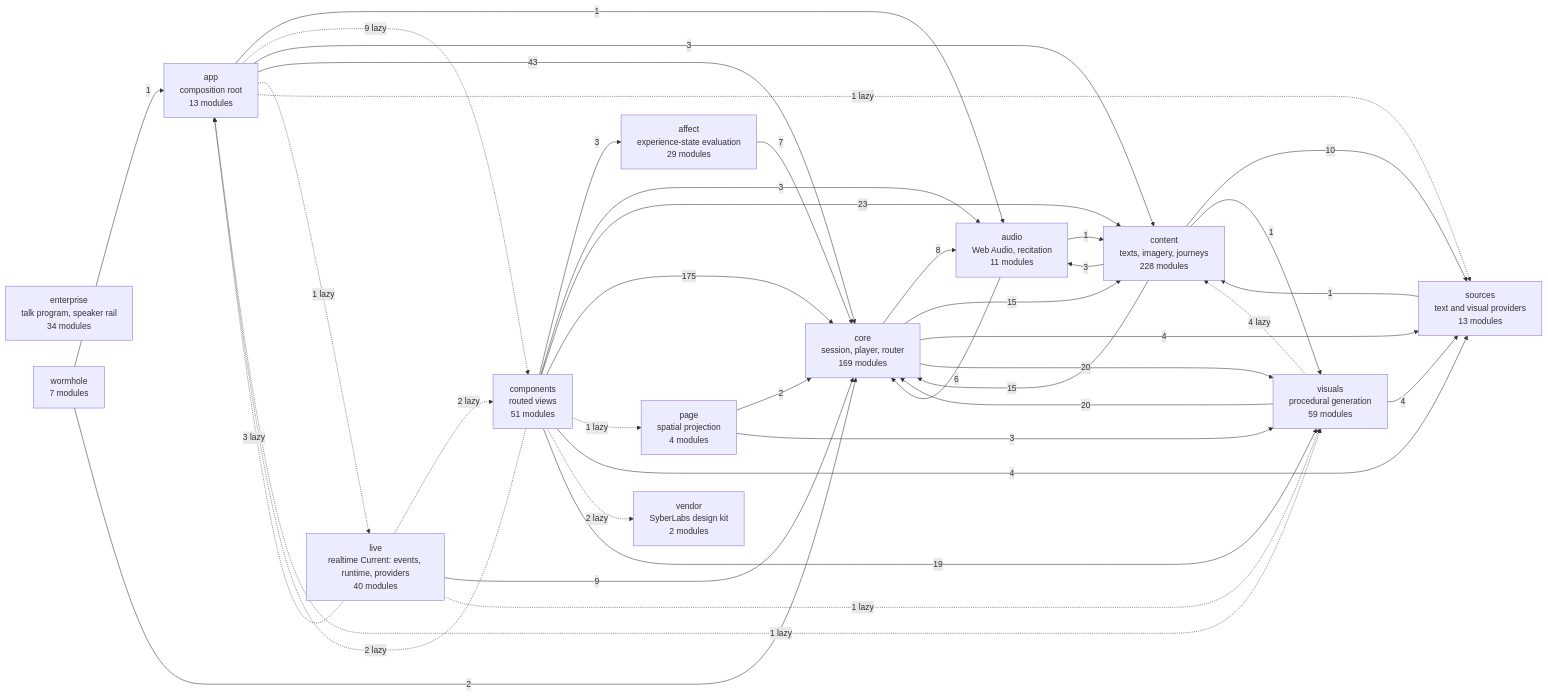
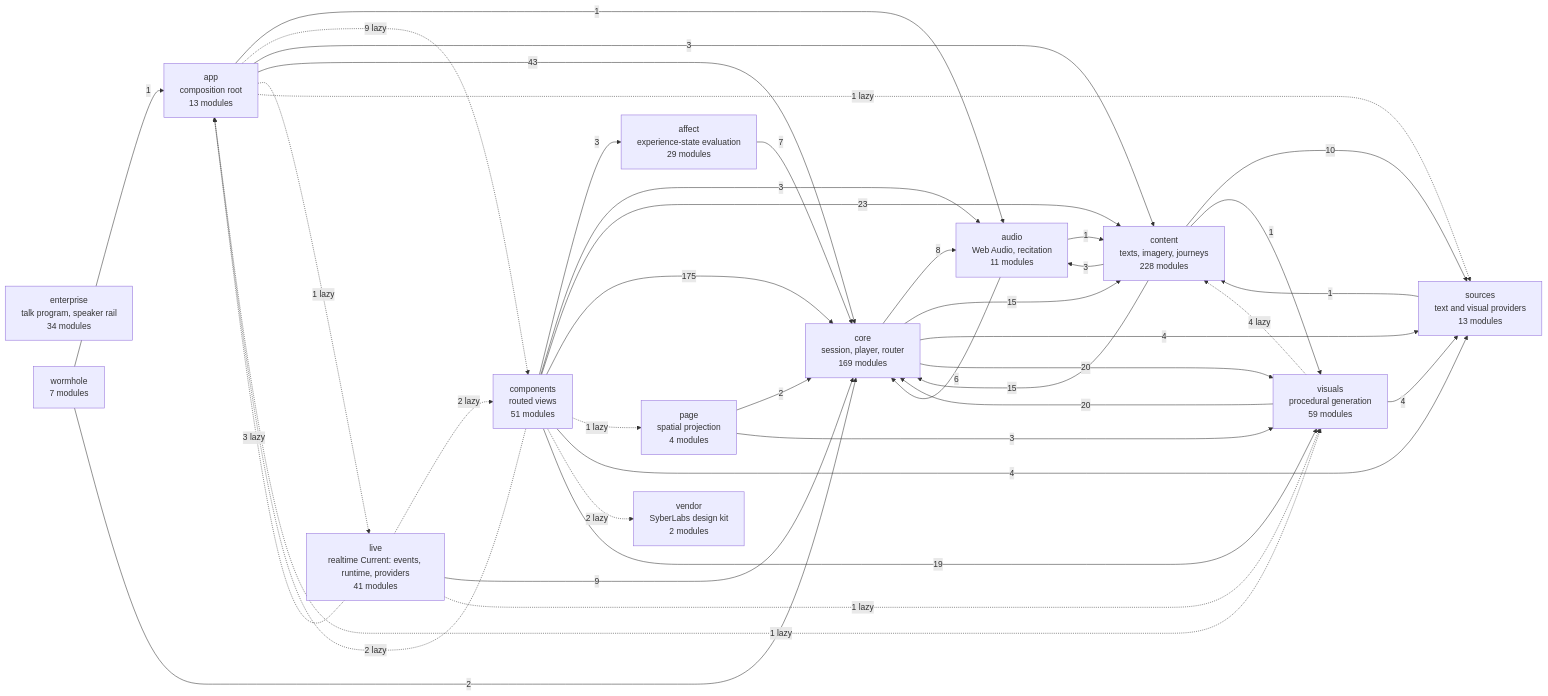
The diagram in docs/specs/ARCHITECTURE.md (SyberLabs/RISE), drawn with Mermaid before and after one commit.

Commit message:
Regenerate the architecture diagram for the new live fixture
The live subsystem now has 41 modules.

Claude-Session: https://claude.ai/code/session_01Gpxy9b4DYWYBTeXHy6CYBa

````diff
--- a/docs/specs/ARCHITECTURE.md
+++ b/docs/specs/ARCHITECTURE.md
@@ -154,56 +154,56 @@
 ```mermaid
 flowchart LR
     affect["affect<br/>experience-state evaluation<br/>29 modules"]
     app["app<br/>composition root<br/>13 modules"]
     audio["audio<br/>Web Audio, recitation<br/>11 modules"]
     components["components<br/>routed views<br/>51 modules"]
     content["content<br/>texts, imagery, journeys<br/>228 modules"]
     core["core<br/>session, player, router<br/>169 modules"]
     enterprise["enterprise<br/>talk program, speaker rail<br/>34 modules"]
-    live["live<br/>realtime Current: events, runtime, providers<br/>40 modules"]
+    live["live<br/>realtime Current: events, runtime, providers<br/>41 modules"]
     page["page<br/>spatial projection<br/>4 modules"]
     sources["sources<br/>text and visual providers<br/>13 modules"]
     vendor["vendor<br/>SyberLabs design kit<br/>2 modules"]
     visuals["visuals<br/>procedural generation<br/>59 modules"]
     wormhole["wormhole<br/>7 modules"]
 
     affect --> |7| core
     app --> |1| audio
     app -.-> |9 lazy| components
     app --> |3| content
     app --> |43| core
     app -.-> |1 lazy| live
     app -.-> |1 lazy| sources
     app -.-> |1 lazy| visuals
     audio --> |1| content
     audio --> |6| core
     components --> |3| affect
     components -.-> |2 lazy| app
     components --> |3| audio
     components --> |23| content
     components --> |175| core
     components -.-> |1 lazy| page
     components --> |4| sources
     components -.-> |2 lazy| vendor
     components --> |19| visuals
     content --> |3| audio
     content --> |15| core
     content --> |10| sources
     content --> |1| visuals
     core --> |8| audio
     core --> |15| content
     core --> |4| sources
     core --> |20| visuals
     live -.-> |3 lazy| app
     live -.-> |2 lazy| components
     live --> |9| core
     live -.-> |1 lazy| visuals
     page --> |2| core
     page --> |3| visuals
     sources --> |1| content
     visuals -.-> |4 lazy| content
     visuals --> |20| core
     visuals --> |4| sources
     wormhole --> |1| app
     wormhole --> |2| core
 ```
````
